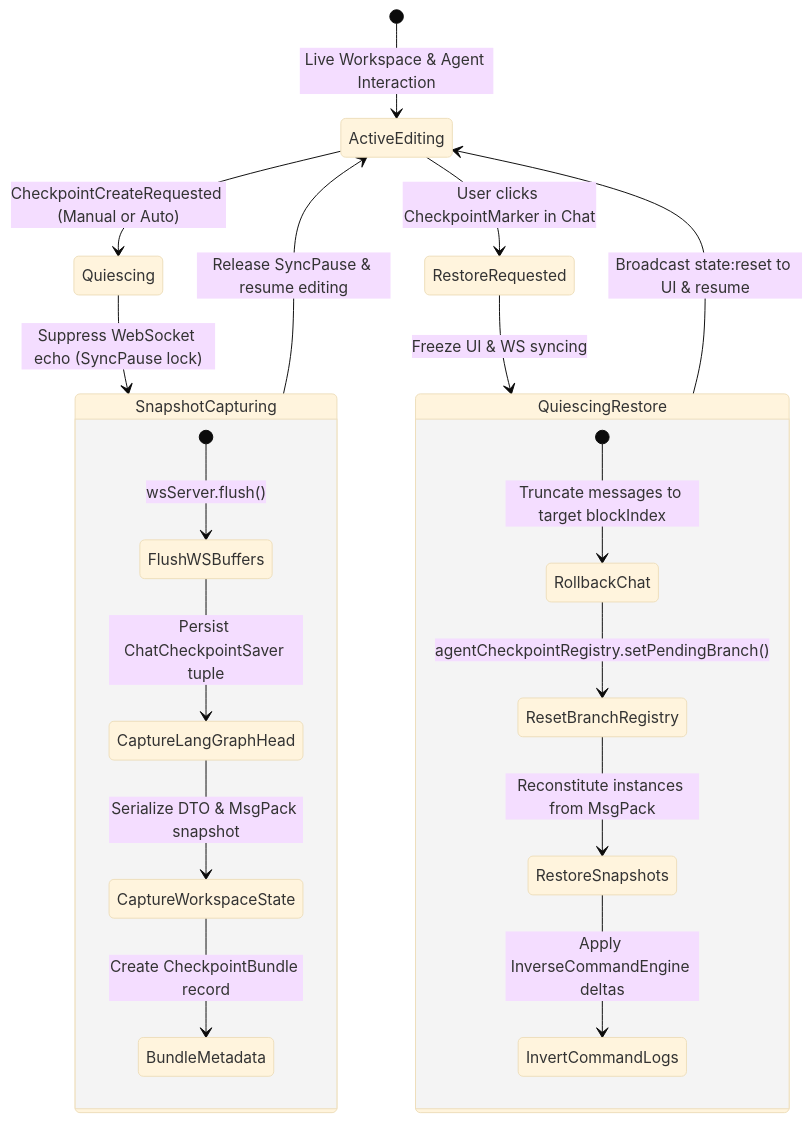
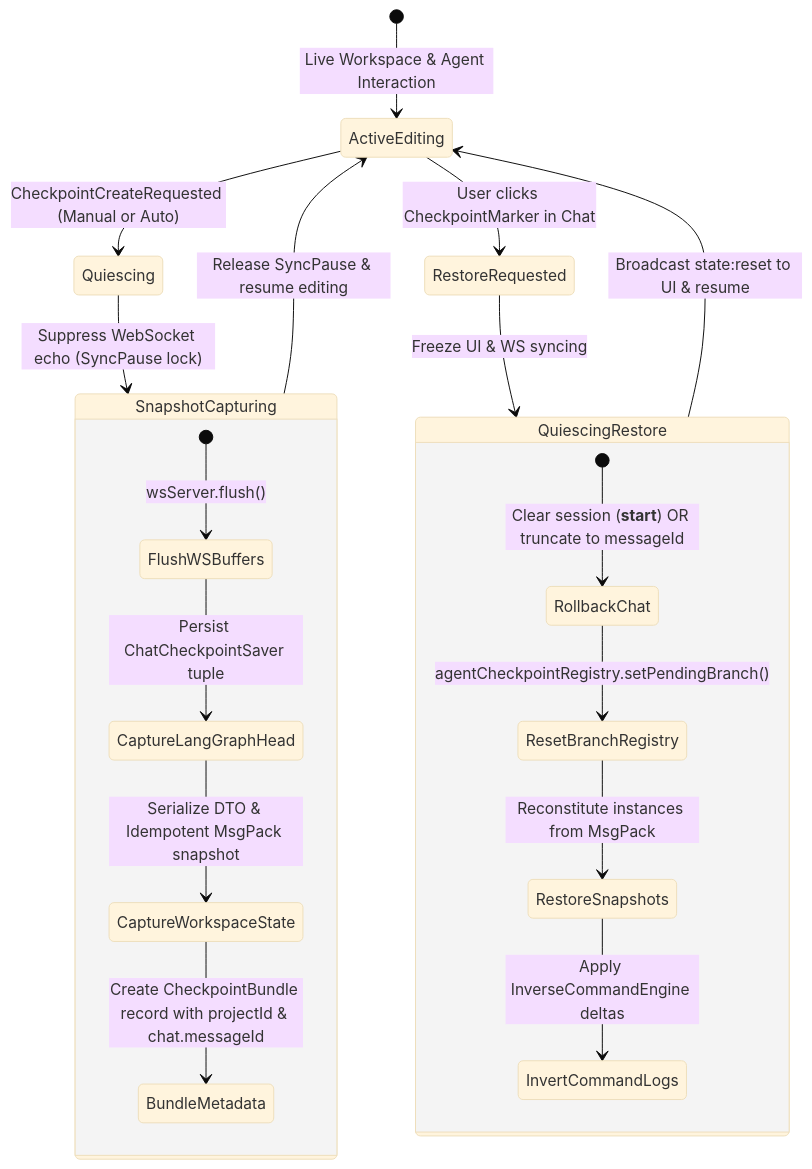
One commit to Goldwaterfung/Collaragent changed diagram 11 of 17 in docs/design-catalog/README.md. Above: the diagram before and after it, drawn with Mermaid (base theme). The commit also changed other lines of this file and 52 other files, not shown here.

Commit message:
ci: fixed checkpoint versioning, skill middleware, editor draggable block ui

````diff
--- a/docs/design-catalog/README.md
+++ b/docs/design-catalog/README.md
@@ -675,28 +682,28 @@
 ```mermaid
 stateDiagram-v2
     [*] --> ActiveEditing : Live Workspace & Agent Interaction
 
     ActiveEditing --> Quiescing : CheckpointCreateRequested (Manual or Auto)
     Quiescing --> SnapshotCapturing : Suppress WebSocket echo (SyncPause lock)
 
     state SnapshotCapturing {
         [*] --> FlushWSBuffers : wsServer.flush()
         FlushWSBuffers --> CaptureLangGraphHead : Persist ChatCheckpointSaver tuple
-        CaptureLangGraphHead --> CaptureWorkspaceState : Serialize DTO & MsgPack snapshot
-        CaptureWorkspaceState --> BundleMetadata : Create CheckpointBundle record
+        CaptureLangGraphHead --> CaptureWorkspaceState : Serialize DTO & Idempotent MsgPack snapshot
+        CaptureWorkspaceState --> BundleMetadata : Create CheckpointBundle record with projectId & chat.messageId
     }
 
     SnapshotCapturing --> ActiveEditing : Release SyncPause & resume editing
 
     ActiveEditing --> RestoreRequested : User clicks CheckpointMarker in Chat
     RestoreRequested --> QuiescingRestore : Freeze UI & WS syncing
 
     state QuiescingRestore {
-        [*] --> RollbackChat : Truncate messages to target blockIndex
+        [*] --> RollbackChat : Clear session (__start__) OR truncate to messageId
         RollbackChat --> ResetBranchRegistry : agentCheckpointRegistry.setPendingBranch()
         ResetBranchRegistry --> RestoreSnapshots : Reconstitute instances from MsgPack
         RestoreSnapshots --> InvertCommandLogs : Apply InverseCommandEngine deltas
     }
 
     QuiescingRestore --> ActiveEditing : Broadcast state:reset to UI & resume
 ```
````
